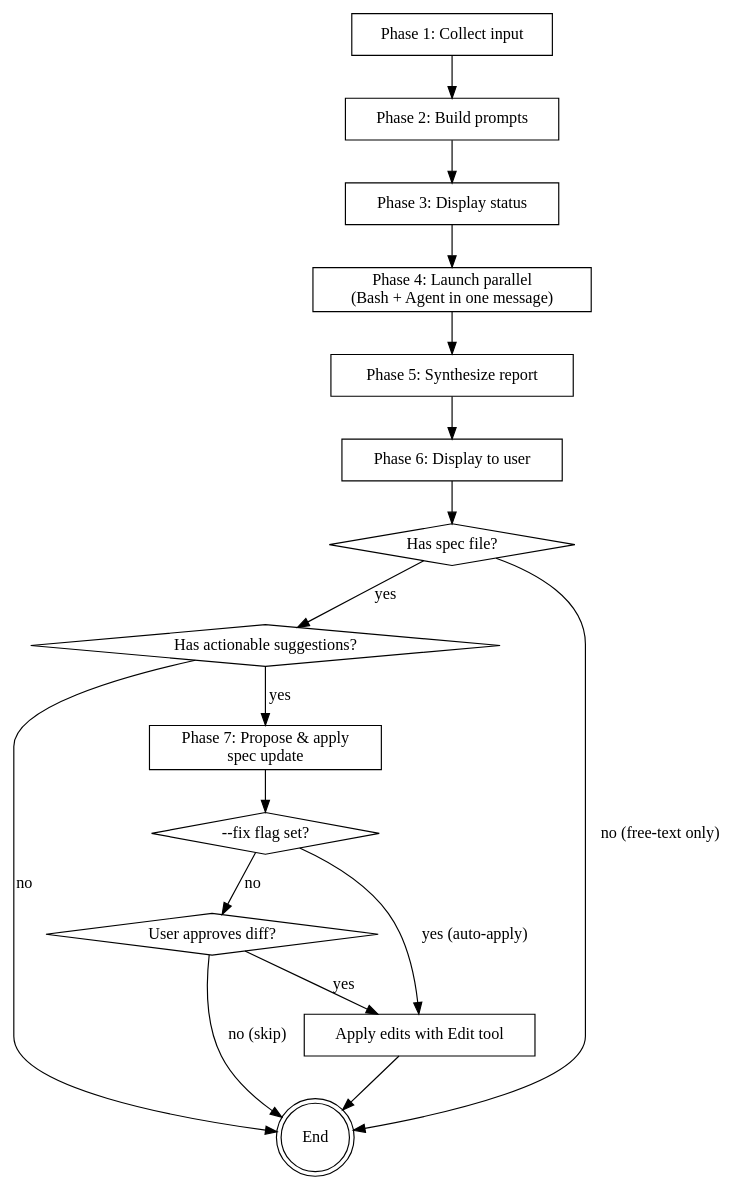
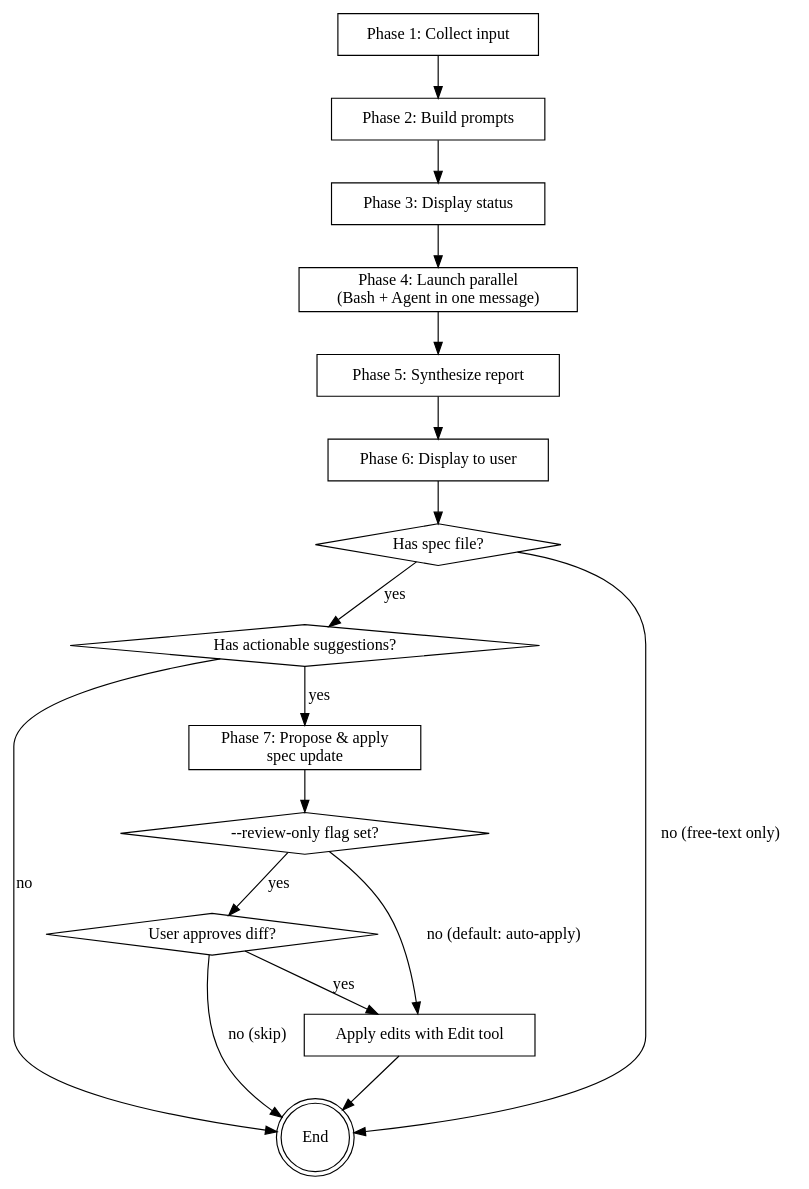
Before and after one commit to not-elm/forte: the diagram in skills/spec-review/SKILL.md, drawn with Graphviz. The commit also changed other lines of this file and 3 other files, not shown here.

First line of the commit message:
feat(spec-review,plan-review): make auto-apply the default, add --review-only opt-out

````diff
--- a/skills/spec-review/SKILL.md
+++ b/skills/spec-review/SKILL.md
@@ -47,35 +47,35 @@
 ```dot
 digraph spec_review {
     rankdir=TB;
     "Phase 1: Collect input" [shape=box];
     "Phase 2: Build prompts" [shape=box];
     "Phase 3: Display status" [shape=box];
     "Phase 4: Launch parallel\n(Bash + Agent in one message)" [shape=box];
     "Phase 5: Synthesize report" [shape=box];
     "Phase 6: Display to user" [shape=box];
     "Phase 7: Propose & apply\nspec update" [shape=box];
     "Has spec file?" [shape=diamond];
     "Has actionable suggestions?" [shape=diamond];
-    "--fix flag set?" [shape=diamond];
+    "--review-only flag set?" [shape=diamond];
     "User approves diff?" [shape=diamond];
     "Apply edits with Edit tool" [shape=box];
     "End" [shape=doublecircle];
 
     "Phase 1: Collect input" -> "Phase 2: Build prompts";
     "Phase 2: Build prompts" -> "Phase 3: Display status";
     "Phase 3: Display status" -> "Phase 4: Launch parallel\n(Bash + Agent in one message)";
     "Phase 4: Launch parallel\n(Bash + Agent in one message)" -> "Phase 5: Synthesize report";
     "Phase 5: Synthesize report" -> "Phase 6: Display to user";
     "Phase 6: Display to user" -> "Has spec file?";
     "Has spec file?" -> "Has actionable suggestions?" [label="yes"];
     "Has spec file?" -> "End" [label="no (free-text only)"];
     "Has actionable suggestions?" -> "Phase 7: Propose & apply\nspec update" [label="yes"];
     "Has actionable suggestions?" -> "End" [label="no"];
-    "Phase 7: Propose & apply\nspec update" -> "--fix flag set?";
-    "--fix flag set?" -> "Apply edits with Edit tool" [label="yes (auto-apply)"];
-    "--fix flag set?" -> "User approves diff?" [label="no"];
+    "Phase 7: Propose & apply\nspec update" -> "--review-only flag set?";
+    "--review-only flag set?" -> "User approves diff?" [label="yes"];
+    "--review-only flag set?" -> "Apply edits with Edit tool" [label="no (default: auto-apply)"];
     "User approves diff?" -> "Apply edits with Edit tool" [label="yes"];
     "User approves diff?" -> "End" [label="no (skip)"];
     "Apply edits with Edit tool" -> "End";
 }
 ```
````
